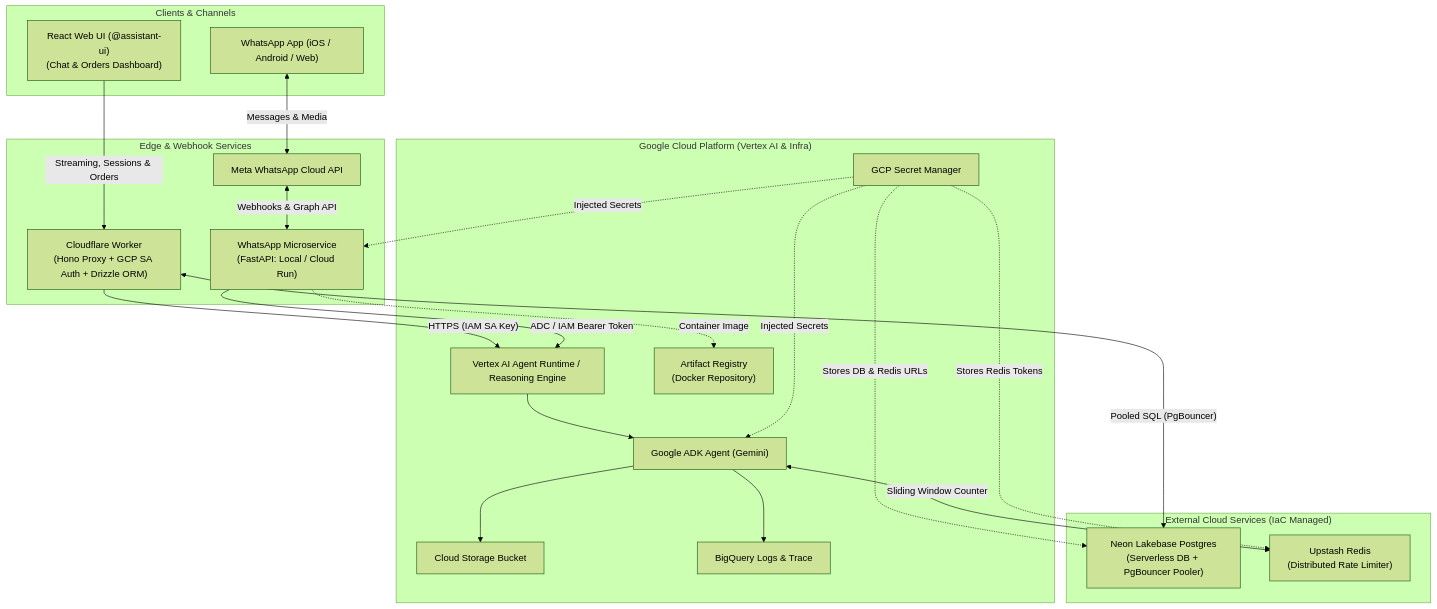
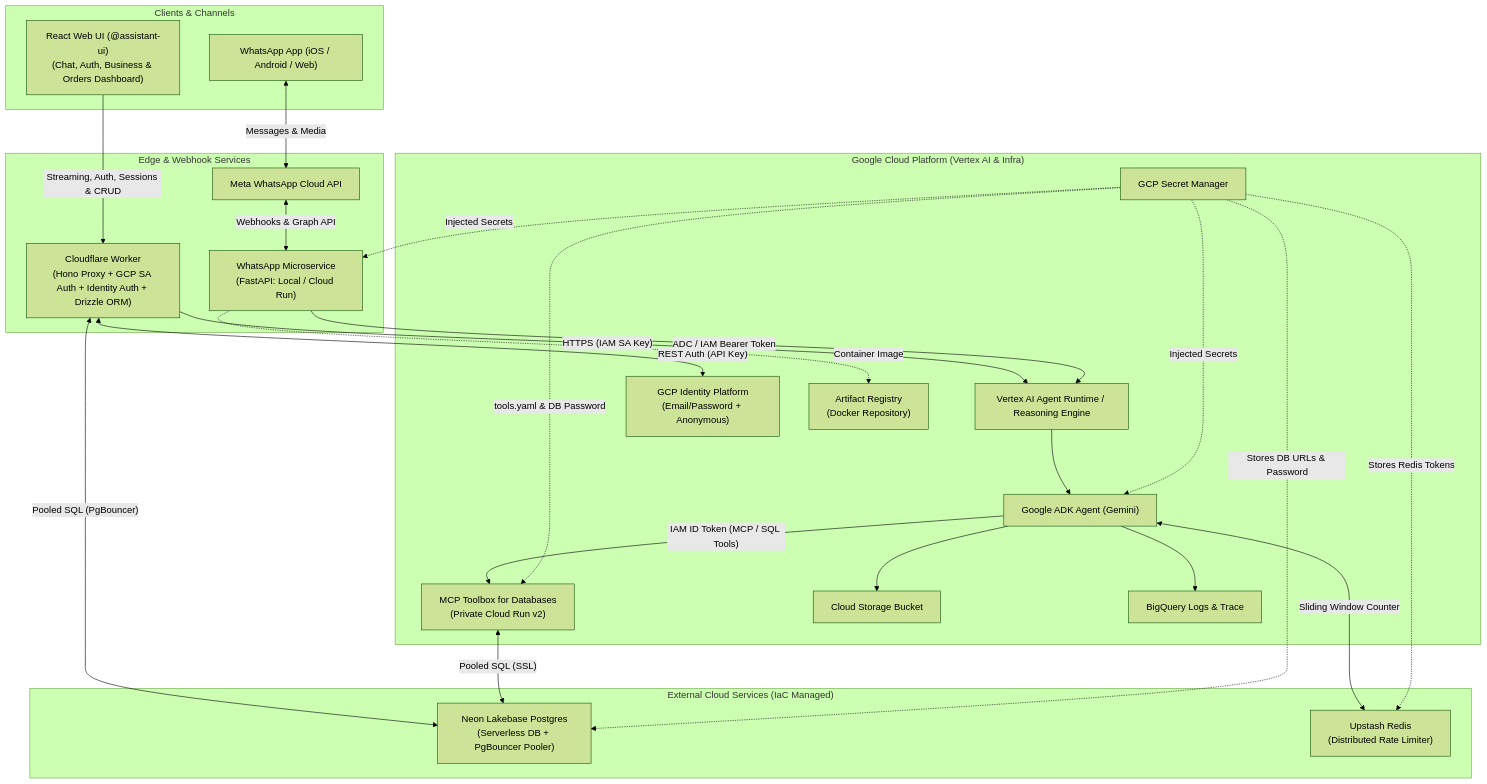
One commit to janf-agentic-architect/coffee-assistant changed the diagram in README.md. Above: the diagram before and after it, drawn with Mermaid (forest theme). The commit also changed other lines of this file and 12 other files, not shown here.

````diff
--- a/README.md
+++ b/README.md
@@ -28,45 +30,51 @@
 ```mermaid
 flowchart TD
     subgraph Clients ["Clients & Channels"]
-        WebUI["React Web UI (@assistant-ui)\n(Chat & Orders Dashboard)"]
+        WebUI["React Web UI (@assistant-ui)\n(Chat, Auth, Business & Orders Dashboard)"]
         WhatsAppClient["WhatsApp App (iOS / Android / Web)"]
     end
 
     subgraph EdgeAndChannels ["Edge & Webhook Services"]
-        HonoWorker["Cloudflare Worker\n(Hono Proxy + GCP SA Auth + Drizzle ORM)"]
+        HonoWorker["Cloudflare Worker\n(Hono Proxy + GCP SA Auth + Identity Auth + Drizzle ORM)"]
         MetaAPI["Meta WhatsApp Cloud API"]
         WhatsAppService["WhatsApp Microservice\n(FastAPI: Local / Cloud Run)"]
 
-        WebUI -->|Streaming, Sessions & Orders| HonoWorker
+        WebUI -->|Streaming, Auth, Sessions & CRUD| HonoWorker
         WhatsAppClient <-->|Messages & Media| MetaAPI
         MetaAPI <-->|Webhooks & Graph API| WhatsAppService
     end
 
     subgraph GCP ["Google Cloud Platform (Vertex AI & Infra)"]
         AgentRuntime["Vertex AI Agent Runtime / Reasoning Engine"]
         ADKAgent["Google ADK Agent (Gemini)"]
+        MCPToolbox["MCP Toolbox for Databases\n(Private Cloud Run v2)"]
+        IdentityPlatform["GCP Identity Platform\n(Email/Password + Anonymous)"]
         SecretManager["GCP Secret Manager"]
         GCS["Cloud Storage Bucket"]
         BigQuery["BigQuery Logs & Trace"]
         ArtifactRegistry["Artifact Registry\n(Docker Repository)"]
 
         HonoWorker -->|"HTTPS (IAM SA Key)"| AgentRuntime
+        HonoWorker <-->|"REST Auth (API Key)"| IdentityPlatform
         WhatsAppService -->|"ADC / IAM Bearer Token"| AgentRuntime
         AgentRuntime --> ADKAgent
+        ADKAgent -->|"IAM ID Token (MCP / SQL Tools)"| MCPToolbox
         SecretManager -.->|"Injected Secrets"| ADKAgent
+        SecretManager -.->|"tools.yaml & DB Password"| MCPToolbox
         SecretManager -.->|"Injected Secrets"| WhatsAppService
         ADKAgent --> GCS
         ADKAgent --> BigQuery
         WhatsAppService -.->|"Container Image"| ArtifactRegistry
     end
 
     subgraph ExternalServices ["External Cloud Services (IaC Managed)"]
         NeonDB["Neon Lakebase Postgres\n(Serverless DB + PgBouncer Pooler)"]
         Upstash["Upstash Redis\n(Distributed Rate Limiter)"]
 
         HonoWorker <-->|"Pooled SQL (PgBouncer)"| NeonDB
+        MCPToolbox <-->|"Pooled SQL (SSL)"| NeonDB
         ADKAgent <-->|"Sliding Window Counter"| Upstash
-        SecretManager -.->|"Stores DB & Redis URLs"| NeonDB
+        SecretManager -.->|"Stores DB URLs & Password"| NeonDB
         SecretManager -.->|"Stores Redis Tokens"| Upstash
     end
 ```
````
